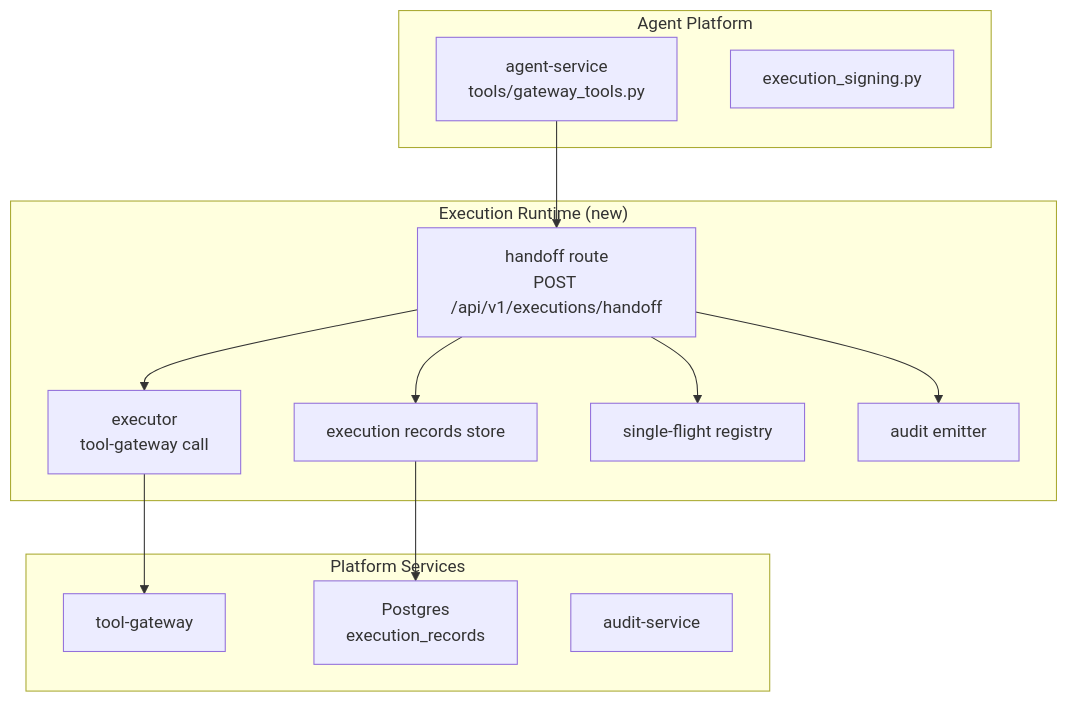
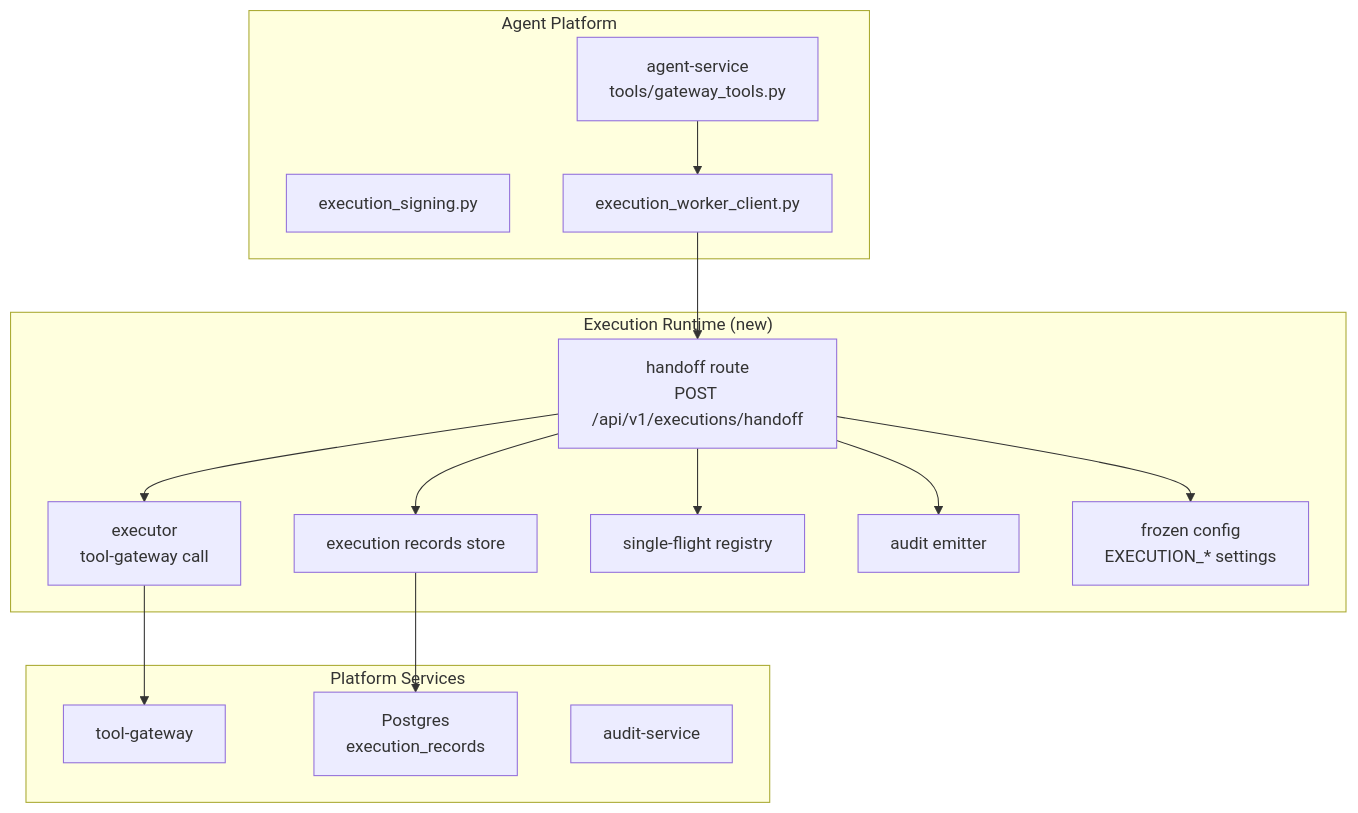
Before and after one commit to metasync/luban-aiops: the first of 8 diagrams in .qoder/repowiki/en/content/Architecture Documentation/SPEC-038_ Isolated Execution Worker Specification.md, drawn with Mermaid. The commit also changed other lines of this file and 5 other files, not shown here.

````diff
--- a/.qoder/repowiki/en/content/Architecture Documentation/SPEC-038_ Isolated Execution Worker Specification.md
+++ b/.qoder/repowiki/en/content/Architecture Documentation/SPEC-038_ Isolated Execution Worker Specification.md
@@ -43,26 +57,30 @@
 ```mermaid
 graph TB
 subgraph "Agent Platform"
 AGT["agent-service<br/>tools/gateway_tools.py"]
 SIG["execution_signing.py"]
+CLIENT["execution_worker_client.py"]
 end
 subgraph "Execution Runtime (new)"
 HRD["handoff route<br/>POST /api/v1/executions/handoff"]
 EXE["executor<br/>tool-gateway call"]
 REC["execution records store"]
 SF["single-flight registry"]
 AUD["audit emitter"]
+CFG["frozen config<br/>EXECUTION_* settings"]
 end
 subgraph "Platform Services"
 GW["tool-gateway"]
 PG["Postgres<br/>execution_records"]
 AUDS["audit-service"]
 end
-AGT --> HRD
+AGT --> CLIENT
+CLIENT --> HRD
 HRD --> EXE
 EXE --> GW
 HRD --> REC
 HRD --> AUD
 REC --> PG
 HRD --> SF
+HRD --> CFG
 ```
````
